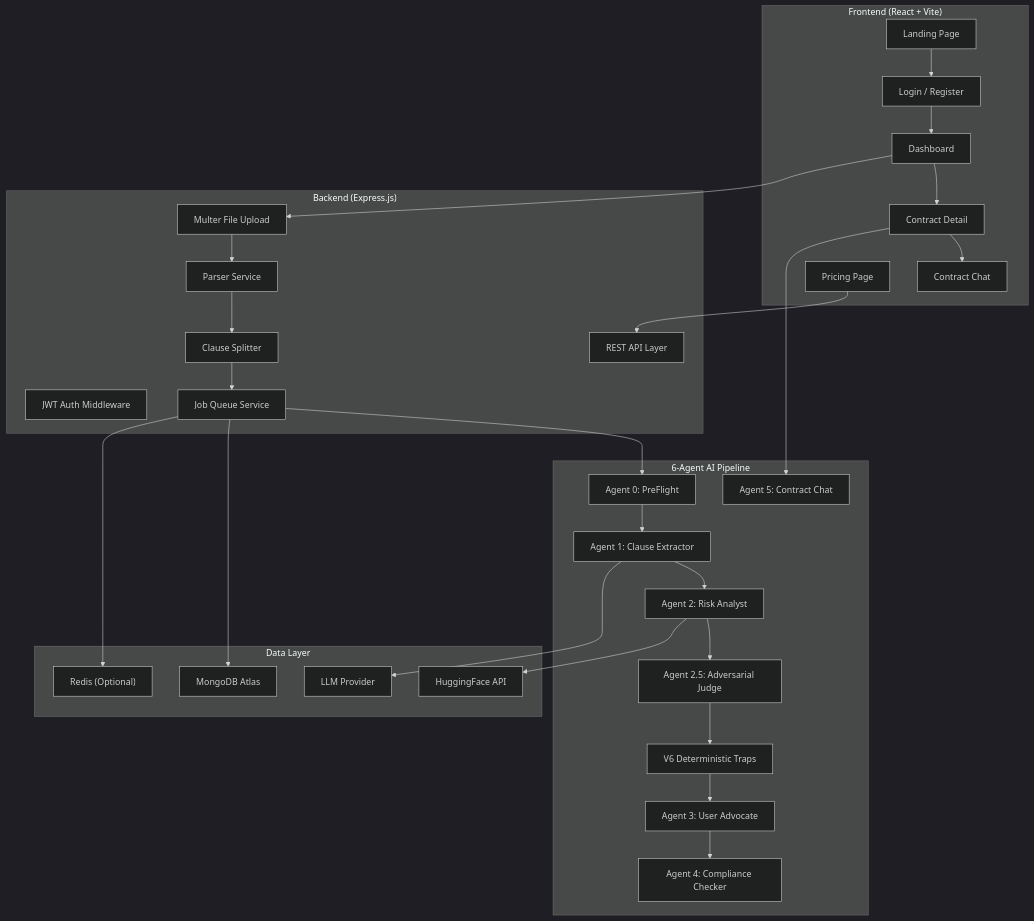
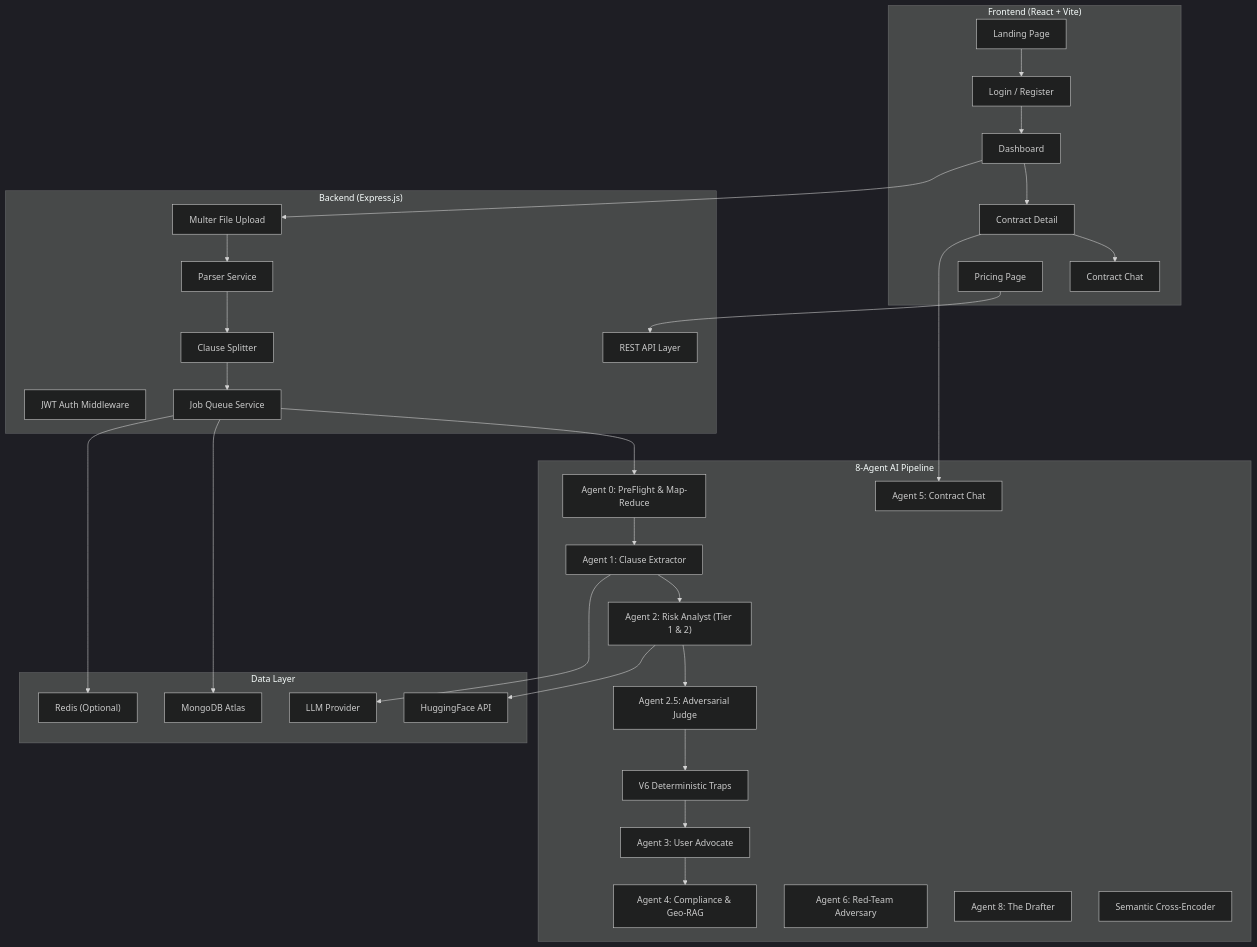
The first of 5 diagrams in artifacts/LexGuard_Architecture_DeepDive.md (Aditya2514/LexGuard), drawn with Mermaid (dark theme) before and after one commit. The commit also changed other lines of this file and 1 other file, not shown here.

Commit message:
docs: update deep dive architecture + fix pdf/word export html templates to include new AI fields

````diff
--- a/artifacts/LexGuard_Architecture_DeepDive.md
+++ b/artifacts/LexGuard_Architecture_DeepDive.md
@@ -48,48 +48,51 @@
 ```mermaid
 graph TB
     subgraph "Frontend (React + Vite)"
         LP["Landing Page"]
         Login["Login / Register"]
         Dashboard["Dashboard"]
         Detail["Contract Detail"]
         Chat["Contract Chat"]
         Pricing["Pricing Page"]
     end
 
     subgraph "Backend (Express.js)"
         API["REST API Layer"]
         Auth["JWT Auth Middleware"]
         Upload["Multer File Upload"]
         Parser["Parser Service"]
         Splitter["Clause Splitter"]
         Queue["Job Queue Service"]
     end
 
-    subgraph "6-Agent AI Pipeline"
-        A0["Agent 0: PreFlight"]
+    subgraph "8-Agent AI Pipeline"
+        A0["Agent 0: PreFlight & Map-Reduce"]
         A1["Agent 1: Clause Extractor"]
-        A2["Agent 2: Risk Analyst"]
+        A2["Agent 2: Risk Analyst (Tier 1 & 2)"]
         A25["Agent 2.5: Adversarial Judge"]
         V6["V6 Deterministic Traps"]
         A3["Agent 3: User Advocate"]
-        A4["Agent 4: Compliance Checker"]
+        A4["Agent 4: Compliance & Geo-RAG"]
         A5["Agent 5: Contract Chat"]
+        A6["Agent 6: Red-Team Adversary"]
+        A8["Agent 8: The Drafter"]
+        CX["Semantic Cross-Encoder"]
     end
 
     subgraph "Data Layer"
         Mongo["MongoDB Atlas"]
         Redis["Redis (Optional)"]
         HF["HuggingFace API"]
         LLM["LLM Provider"]
     end
 
     LP --> Login --> Dashboard --> Detail --> Chat
     Dashboard --> Upload --> Parser --> Splitter --> Queue
     Queue --> A0 --> A1 --> A2 --> A25 --> V6 --> A3 --> A4
     Detail --> A5
     A2 --> HF
     A1 --> LLM
     Queue --> Mongo
     Queue --> Redis
     Pricing --> API
 ```
````
